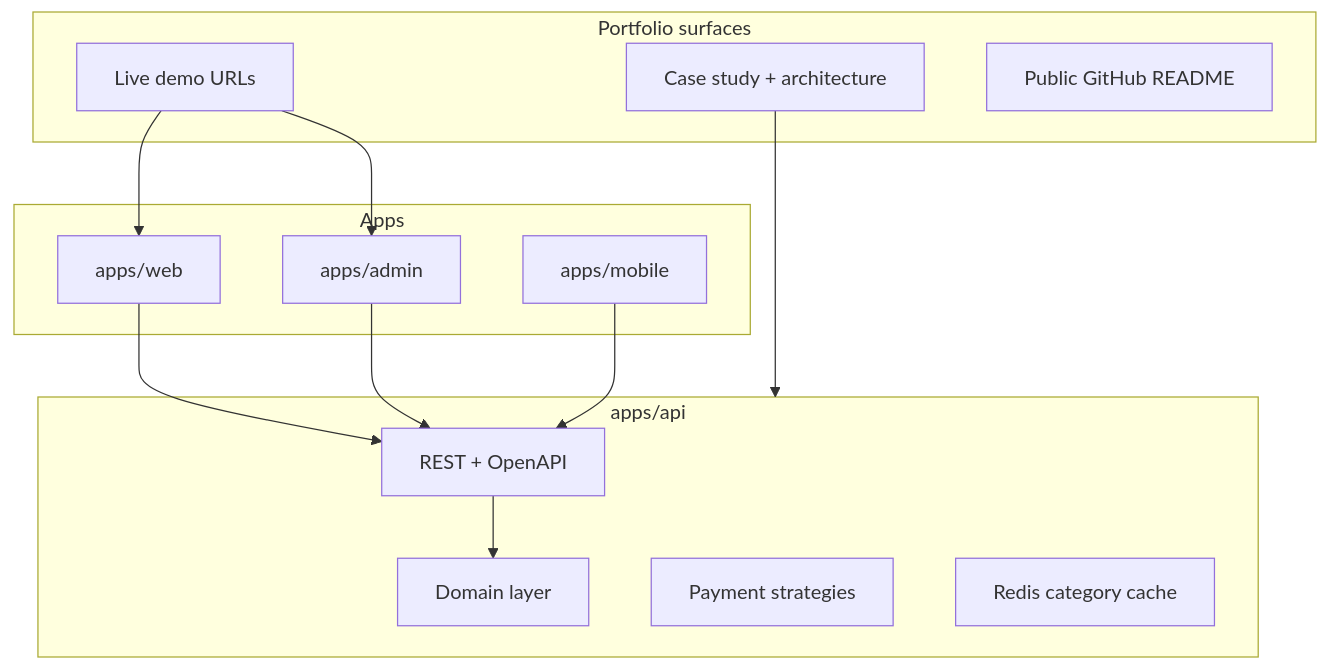
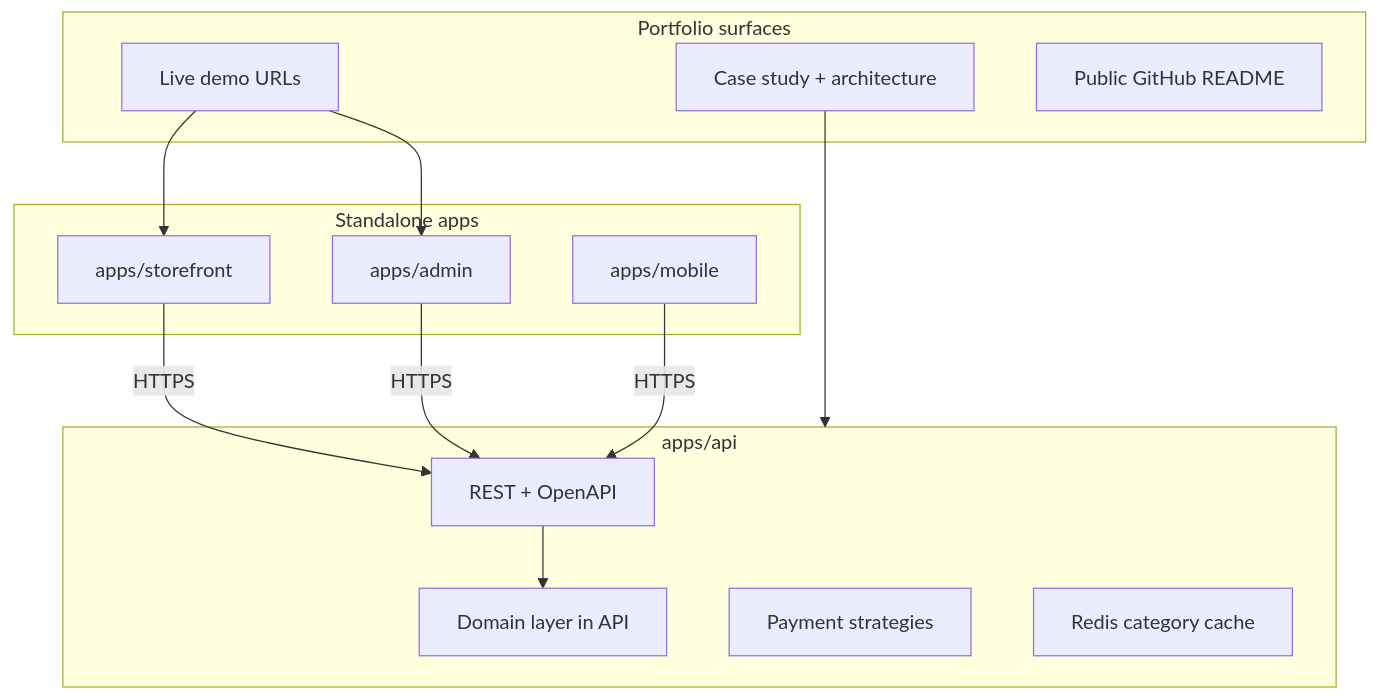
The diagram in .cursor/plans/portfolio_e-commerce_build_f1c2acb3.plan.md (EpicVibeCoder/e-commerce), drawn with Mermaid before and after one commit. The commit also changed other lines of this file and 136 other files, not shown here.

````diff
--- a/.cursor/plans/portfolio_e-commerce_build_f1c2acb3.plan.md
+++ b/.cursor/plans/portfolio_e-commerce_build_f1c2acb3.plan.md
@@ -59,26 +72,26 @@
 ```mermaid
 flowchart TB
   subgraph portfolio [Portfolio surfaces]
     Demo[Live demo URLs]
     Docs[Case study + architecture]
     Repo[Public GitHub README]
   end
-  subgraph clients [Apps]
-    Web[apps/web]
+  subgraph clients [Standalone apps]
+    Storefront[apps/storefront]
     Admin[apps/admin]
     Mobile[apps/mobile]
   end
   subgraph api [apps/api]
     REST[REST + OpenAPI]
-    Domain[Domain layer]
+    Domain[Domain layer in API]
     PayStrategies[Payment strategies]
     Cache[Redis category cache]
   end
-  Web --> REST
-  Admin --> REST
-  Mobile --> REST
+  Storefront -->|HTTPS| REST
+  Admin -->|HTTPS| REST
+  Mobile -->|HTTPS| REST
   REST --> Domain
-  Demo --> Web
+  Demo --> Storefront
   Demo --> Admin
   Docs --> api
 ```
````
